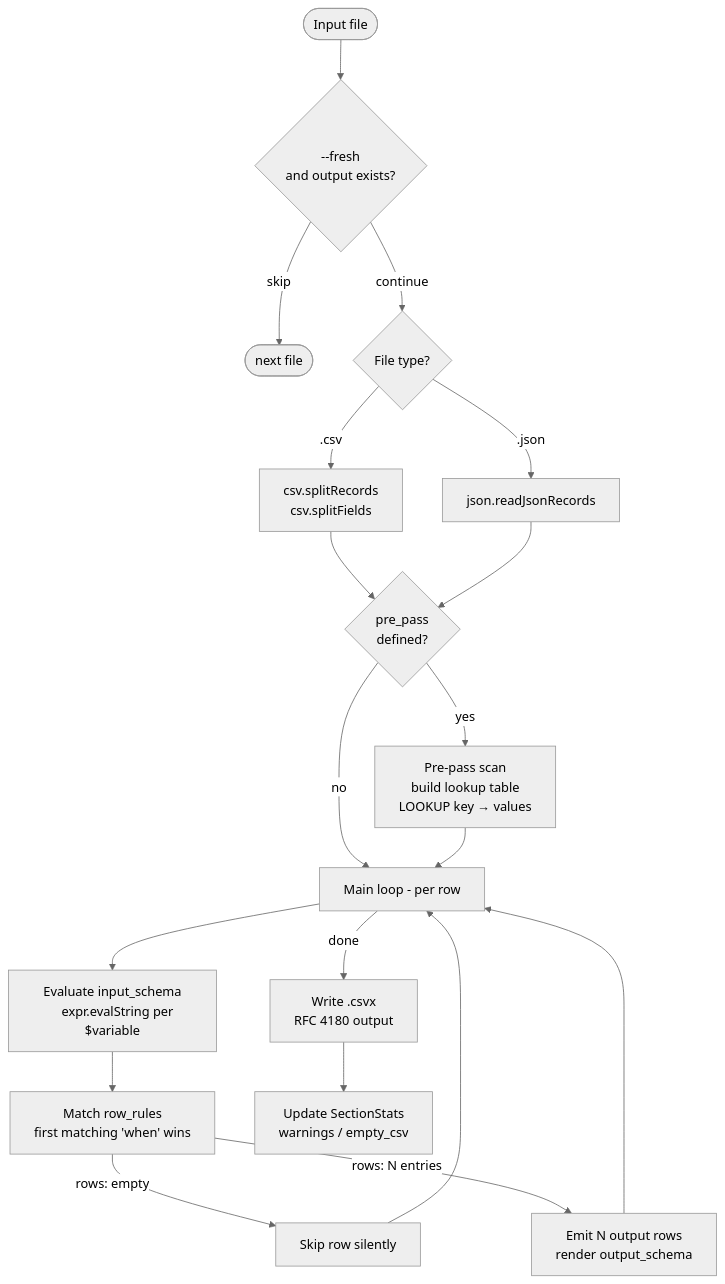
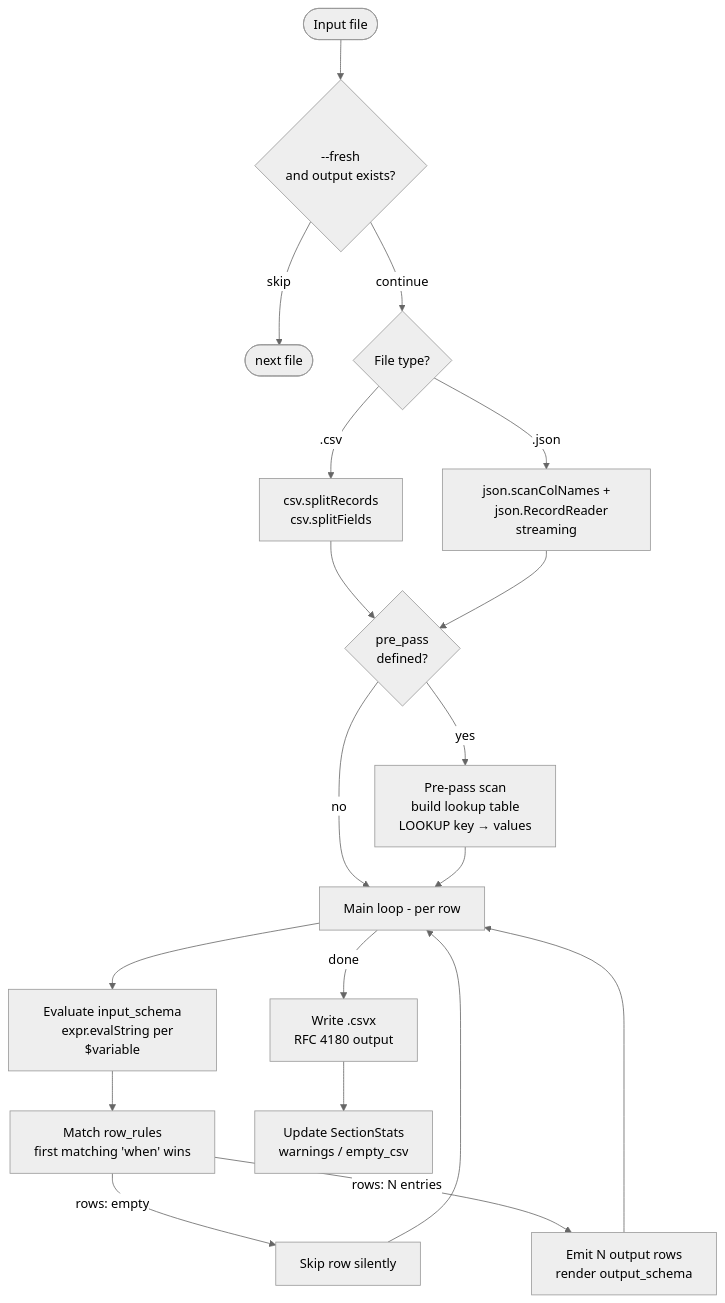
Before and after one commit to zaxified/bxp: the third of 15 diagrams in docs/architecture.md, drawn with Mermaid (neutral theme). The commit also changed 7 other files, not shown here.

````diff
--- a/docs/architecture.md
+++ b/docs/architecture.md
@@ -195,35 +195,36 @@
 ```mermaid
 flowchart TD
     FILE([Input file]) --> FRESH{--fresh
     and output exists?}
     FRESH -->|skip| NEXT([next file])
     FRESH -->|continue| DETECT{File type?}
     DETECT -->|.csv| CSV_READ[csv.splitRecords
     csv.splitFields]
-    DETECT -->|.json| JSON_READ[json.readJsonRecords]
+    DETECT -->|.json| JSON_READ[json.scanColNames +
+    json.RecordReader streaming]
     CSV_READ --> PREPASS
     JSON_READ --> PREPASS
 
     PREPASS{pre_pass
     defined?}
     PREPASS -->|yes| PP[Pre-pass scan
     build lookup table
     LOOKUP key → values]
     PREPASS -->|no| MAINLOOP
     PP --> MAINLOOP
 
     MAINLOOP[Main loop - per row]
     MAINLOOP --> SCHEMA[Evaluate input_schema
     expr.evalString per $variable]
     SCHEMA --> RULES[Match row_rules
     first matching 'when' wins]
     RULES -->|rows: empty| SKIP[Skip row silently]
     RULES -->|rows: N entries| EMIT[Emit N output rows
     render output_schema]
     SKIP --> MAINLOOP
     EMIT --> MAINLOOP
     MAINLOOP -->|done| WRITE[Write .csvx
     RFC 4180 output]
     WRITE --> STATS[Update SectionStats
     warnings / empty_csv]
 ```
````
